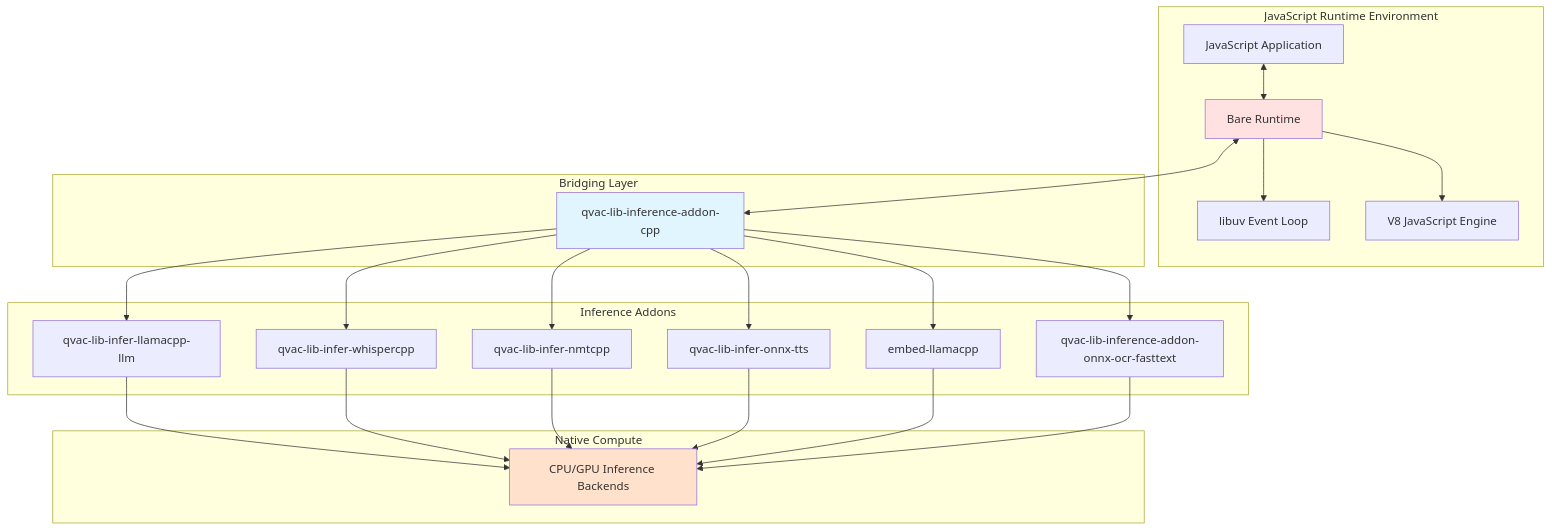
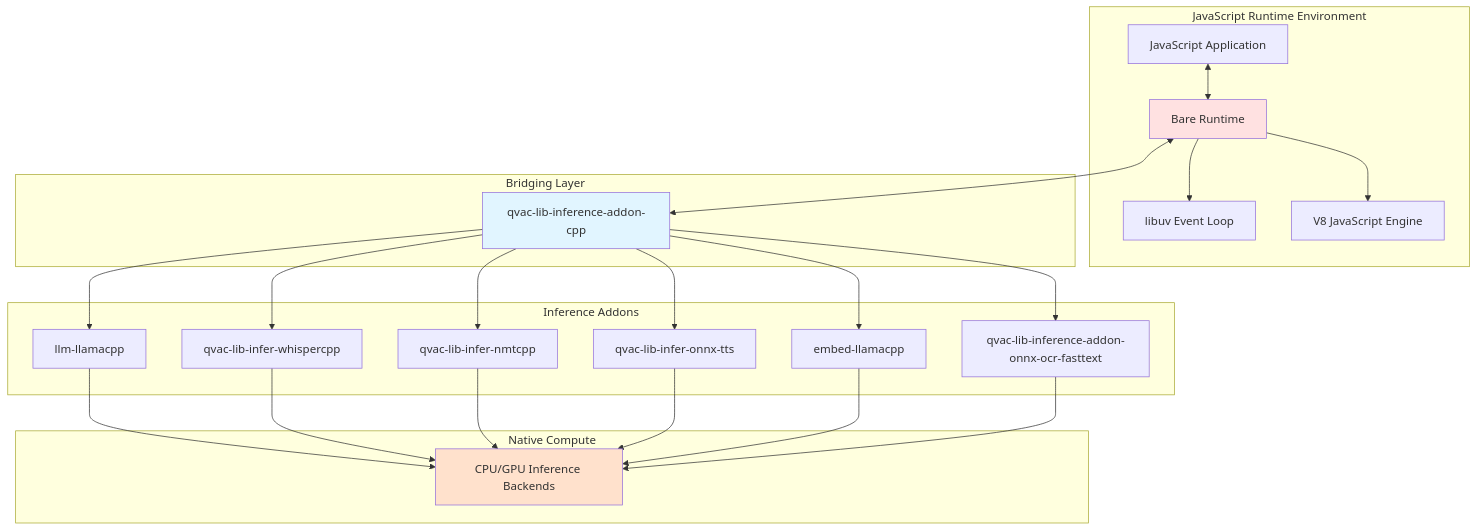
Before and after one commit to tetherto/qvac: the first of 3 diagrams in packages/qvac-lib-inference-addon-cpp/docs/architecture.md, drawn with Mermaid. The commit also changed other lines of this file and 217 other files, not shown here.

Commit message:
chore: align llm-llamacpp folder to pkgname

````diff
--- a/packages/qvac-lib-inference-addon-cpp/docs/architecture.md
+++ b/packages/qvac-lib-inference-addon-cpp/docs/architecture.md
@@ -86,50 +86,50 @@
 ```mermaid
 graph TB
     subgraph "JavaScript Runtime Environment"
         APP[JavaScript Application]
         BARE[Bare Runtime]
         LIBUV[libuv Event Loop]
         V8[V8 JavaScript Engine]
         
         APP <--> BARE
         BARE --> LIBUV
         BARE --> V8
     end
     
     subgraph "Bridging Layer"
         ADDON_CPP[qvac-lib-inference-addon-cpp]
     end
     
     subgraph "Inference Addons"
-        LLAMA[qvac-lib-infer-llamacpp-llm]
+        LLAMA[llm-llamacpp]
         WHISPER[qvac-lib-infer-whispercpp]
         NMT[qvac-lib-infer-nmtcpp]
         TTS[qvac-lib-infer-onnx-tts]
         EMBED[embed-llamacpp]
         OCR[qvac-lib-inference-addon-onnx-ocr-fasttext]
     end
     
     subgraph "Native Compute"
         CPU_GPU[CPU/GPU Inference Backends]
     end
     
     BARE <--> ADDON_CPP
     
     ADDON_CPP --> LLAMA
     ADDON_CPP --> WHISPER
     ADDON_CPP --> NMT
     ADDON_CPP --> TTS
     ADDON_CPP --> EMBED
     ADDON_CPP --> OCR
     
     LLAMA --> CPU_GPU
     WHISPER --> CPU_GPU
     NMT --> CPU_GPU
     TTS --> CPU_GPU
     EMBED --> CPU_GPU
     OCR --> CPU_GPU
     
     style ADDON_CPP fill:#e1f5ff
     style BARE fill:#ffe1e1
     style CPU_GPU fill:#ffe1cc
 ```
````
